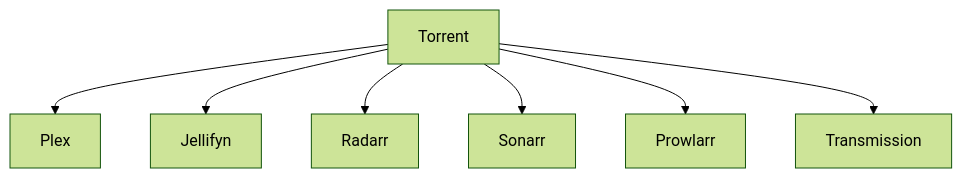
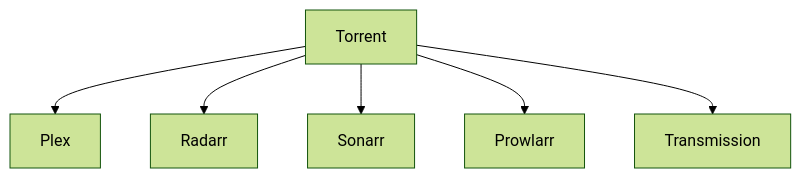
Before and after one commit to BenceGyurus/Homelab: the diagram in diagrams/torrent.mmd, drawn with Mermaid (forest theme). The commit also changed 5 other files, not shown here.

```diff
--- a/diagrams/torrent.mmd
+++ b/diagrams/torrent.mmd
@@ -1,7 +1,6 @@
 graph TD
 Torrent-->Plex;
-Torrent-->Jellifyn;
 Torrent-->Radarr;
 Torrent-->Sonarr;
 Torrent-->Prowlarr;
 Torrent-->Transmission;
```
